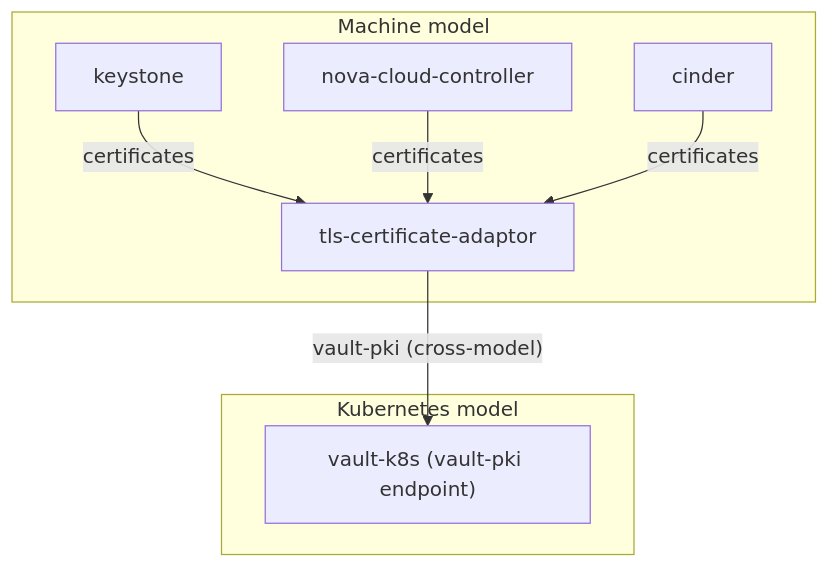
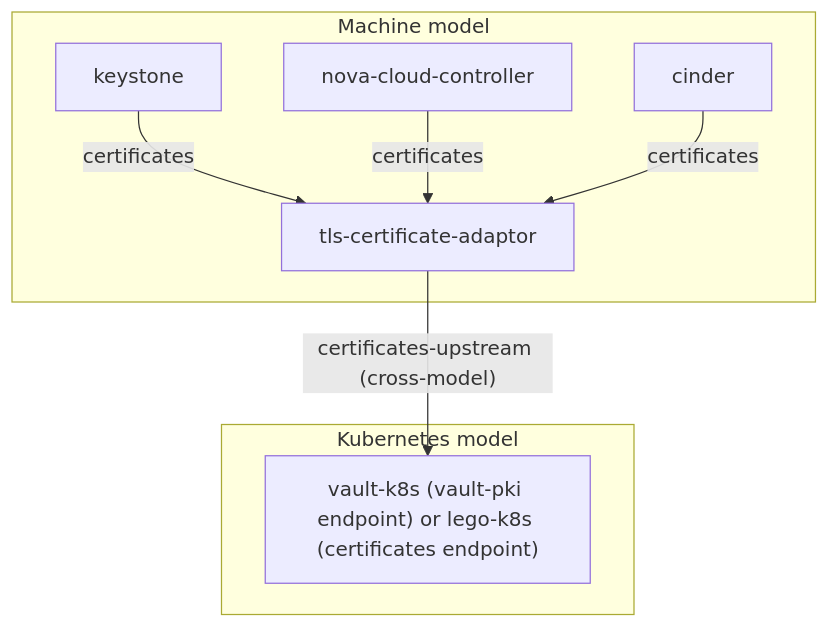
One commit to chanchiwai-ray/tls-certificates-adaptor-operator changed the fourth of 4 diagrams in docs/specs/2026-04-09-tls-certificate-adaptor/spec.md. Above: the diagram before and after it, drawn with Mermaid. The commit also changed other lines of this file and 2 other files, not shown here.

````diff
--- a/docs/specs/2026-04-09-tls-certificate-adaptor/spec.md
+++ b/docs/specs/2026-04-09-tls-certificate-adaptor/spec.md
@@ -91,18 +96,18 @@
 ```mermaid
 graph TB
     subgraph k8s-model ["Kubernetes model"]
-        VK["vault-k8s (vault-pki endpoint)"]
+        UP["vault-k8s (vault-pki endpoint) or lego-k8s (certificates endpoint)"]
     end
 
     subgraph machine-model ["Machine model"]
         AD["tls-certificate-adaptor"]
         KS["keystone"]
         NV["nova-cloud-controller"]
         CN["cinder"]
     end
 
     KS -- "certificates" --> AD
     NV -- "certificates" --> AD
     CN -- "certificates" --> AD
-    AD -- "vault-pki (cross-model)" --> VK
+    AD -- "certificates-upstream (cross-model)" --> UP
 ```
````
